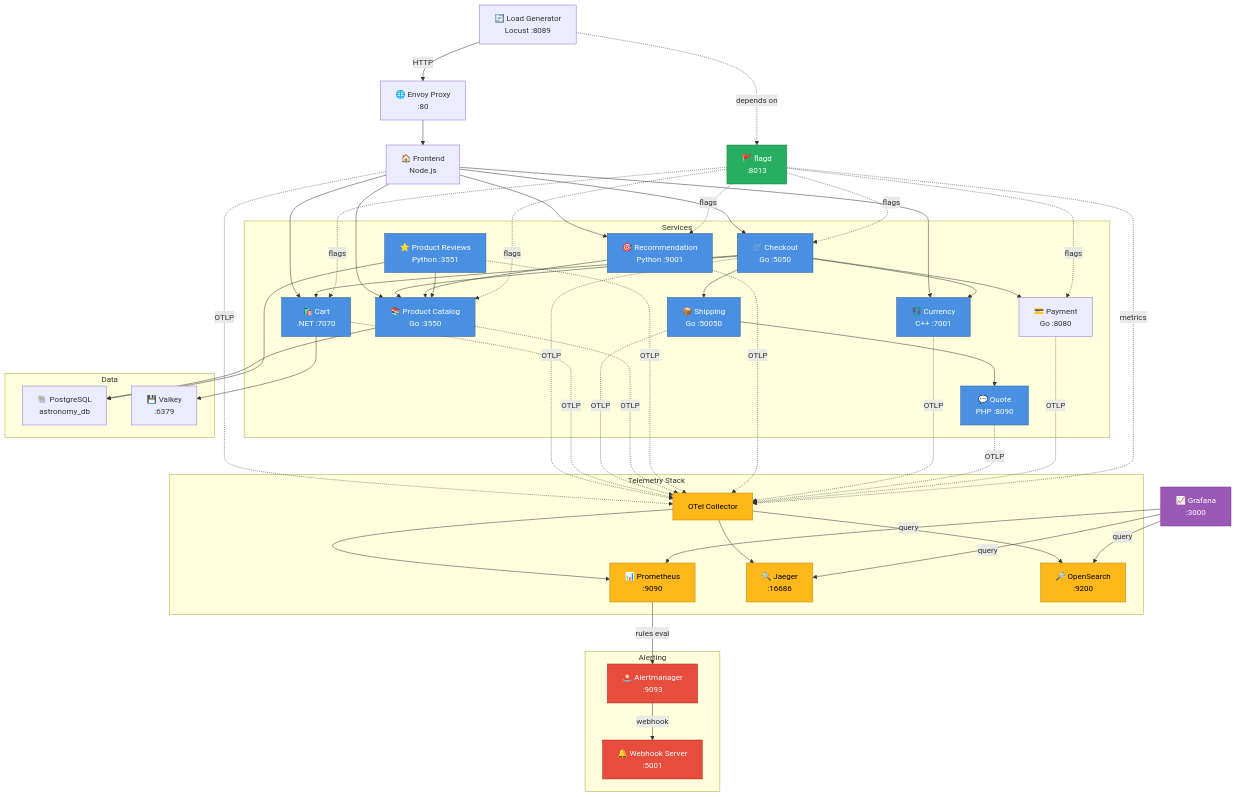
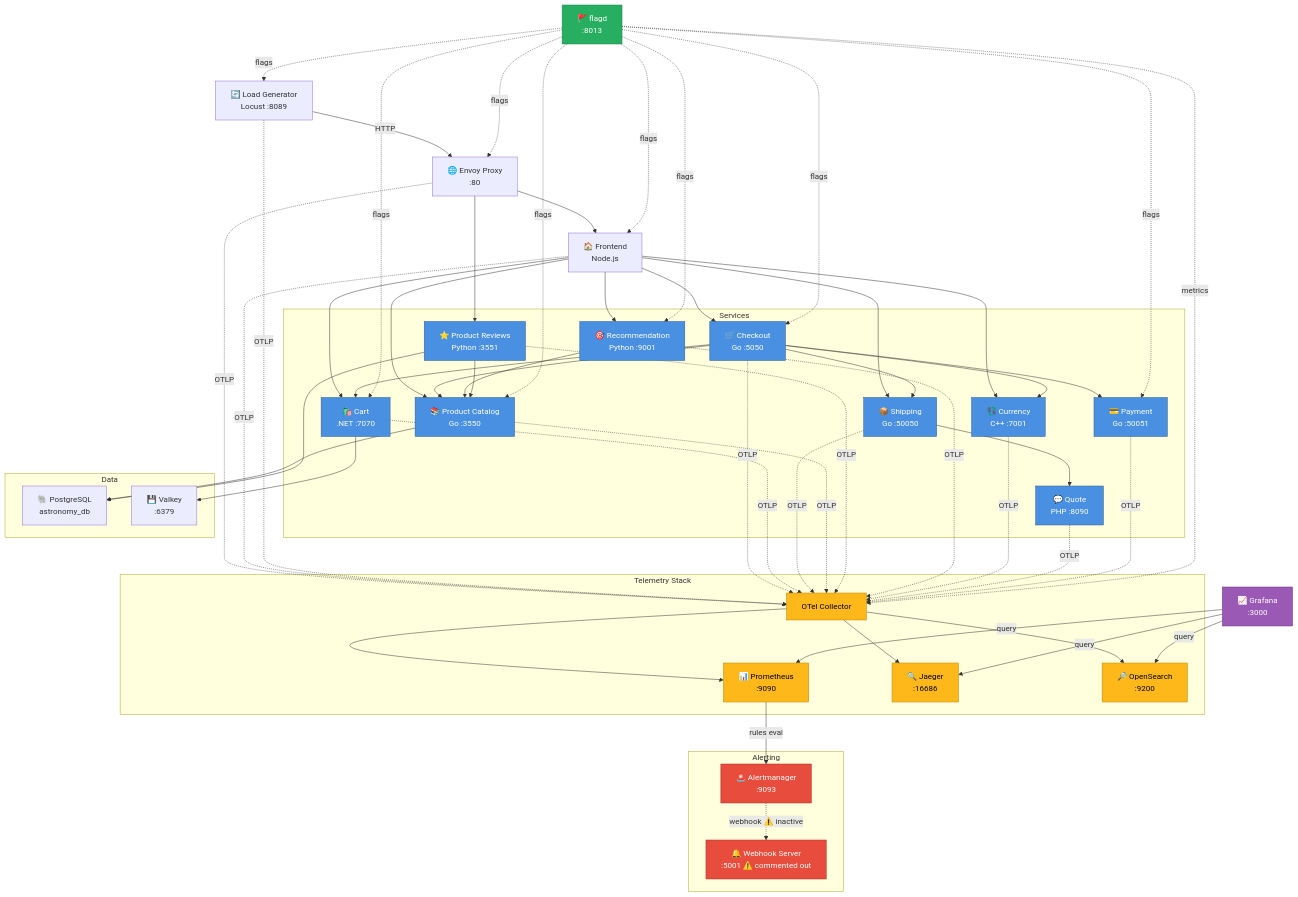
The diagram in docker-compose-minimal.md (soul-bits/opentelemetry-demo), drawn with Mermaid before and after one commit. The commit also changed other lines of this file and 2 other files, not shown here.

Commit message:
fixing service graph

````diff
--- a/docker-compose-minimal.md
+++ b/docker-compose-minimal.md
@@ -5,81 +5,80 @@
 ```mermaid
 graph TB
     LG["🔄 Load Generator<br/>Locust :8089"]
     FP["🌐 Envoy Proxy<br/>:80"]
     FE["🏠 Frontend<br/>Node.js"]
     FLAGD["🚩 flagd<br/>:8013"]
 
     subgraph "Services"
         S1["🛒 Checkout<br/>Go :5050"]
         S2["🛍️ Cart<br/>.NET :7070"]
         S3["📦 Shipping<br/>Go :50050"]
         S4["📚 Product Catalog<br/>Go :3550"]
         S5["⭐ Product Reviews<br/>Python :3551"]
         S6["🎯 Recommendation<br/>Python :9001"]
         S7["💱 Currency<br/>C++ :7001"]
         S8["💬 Quote<br/>PHP :8090"]
-        S9["💳 Payment<br/>Go :8080"]
+        S9["💳 Payment<br/>Go :50051"]
     end
 
     subgraph "Data"
         DB["🐘 PostgreSQL<br/>astronomy_db"]
         CACHE["💾 Valkey<br/>:6379"]
     end
 
     subgraph "Telemetry Stack"
         OTEL["OTel Collector"]
         PROM["📊 Prometheus<br/>:9090"]
         JAEG["🔍 Jaeger<br/>:16686"]
         OS["🔎 OpenSearch<br/>:9200"]
     end
 
     subgraph "Alerting"
         AM["🚨 Alertmanager<br/>:9093"]
-        WH["🔔 Webhook Server<br/>:5001"]
+        WH["🔔 Webhook Server<br/>:5001 ⚠️ commented out"]
     end
 
     GRAF["📈 Grafana<br/>:3000"]
 
     %% Request flow
     LG -->|HTTP| FP
-    FP --> FE
-    FE --> S1 & S2 & S4 & S6 & S7
+    FP --> FE & S5
+    FE --> S1 & S2 & S3 & S4 & S6 & S7
     S1 --> S2 & S4 & S3 & S7 & S9
     S3 --> S8
     S6 --> S4
     S5 --> S4
 
     %% Feature flags
-    FLAGD -.->|flags| S1 & S2 & S4 & S6 & S9
-    LG -.->|depends on| FLAGD
+    FLAGD -.->|flags| LG & FE & FP & S1 & S2 & S4 & S6 & S9
 
     %% Data layer
     S4 --> DB
     S5 --> DB
     S2 --> CACHE
 
     %% Telemetry signals
-    FE & S1 & S2 & S3 & S4 & S5 & S6 & S7 & S8 & S9 -.->|OTLP| OTEL
+    FP & FE & LG & S1 & S2 & S3 & S4 & S5 & S6 & S7 & S8 & S9 -.->|OTLP| OTEL
     FLAGD -.->|metrics| OTEL
     OTEL --> PROM & JAEG & OS
 
     %% Alerting flow
     PROM -->|rules eval| AM
-    AM -->|webhook| WH
+    AM -.->|webhook ⚠️ inactive| WH
 
     %% Visualization
     GRAF -->|query| PROM & JAEG & OS
 
     %% Styling
     classDef service fill:#4A90E2,stroke:#2E5C8A,color:#fff
     classDef telemetry fill:#FFB819,stroke:#B8860B,color:#000
     classDef alert fill:#E74C3C,stroke:#A93226,color:#fff
     classDef viz fill:#9B59B6,stroke:#6C3483,color:#fff
     classDef flag fill:#27AE60,stroke:#1E8449,color:#fff
 
-    class S1,S2,S3,S4,S5,S6,S7,S8 service
+    class S1,S2,S3,S4,S5,S6,S7,S8,S9 service
     class OTEL,PROM,JAEG,OS telemetry
     class AM,WH alert
     class GRAF viz
     class FLAGD flag
 ```
````
